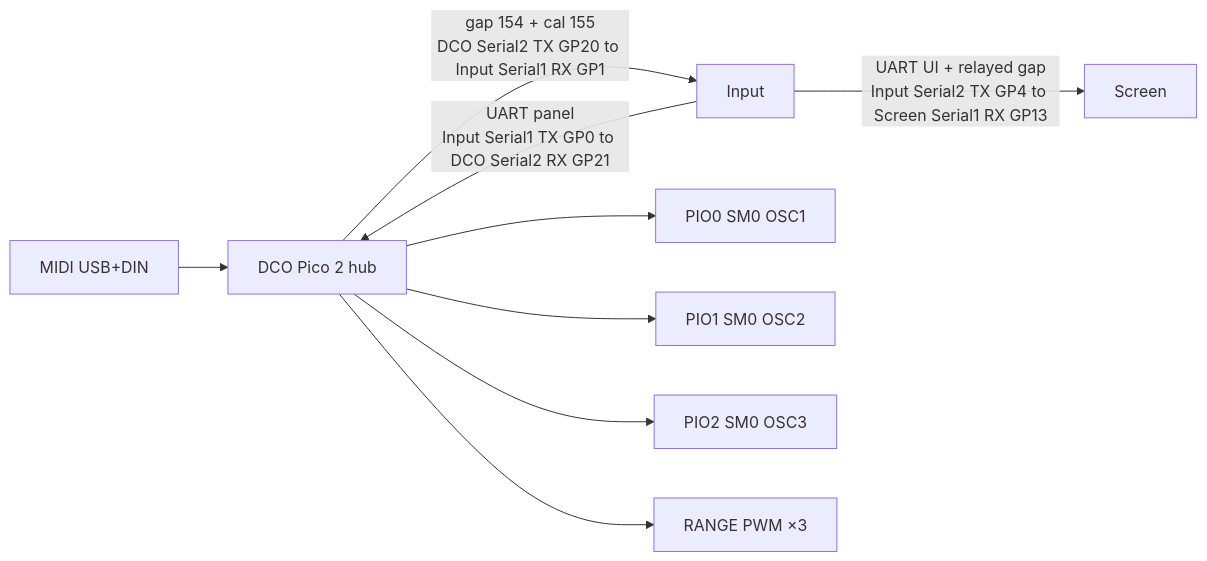
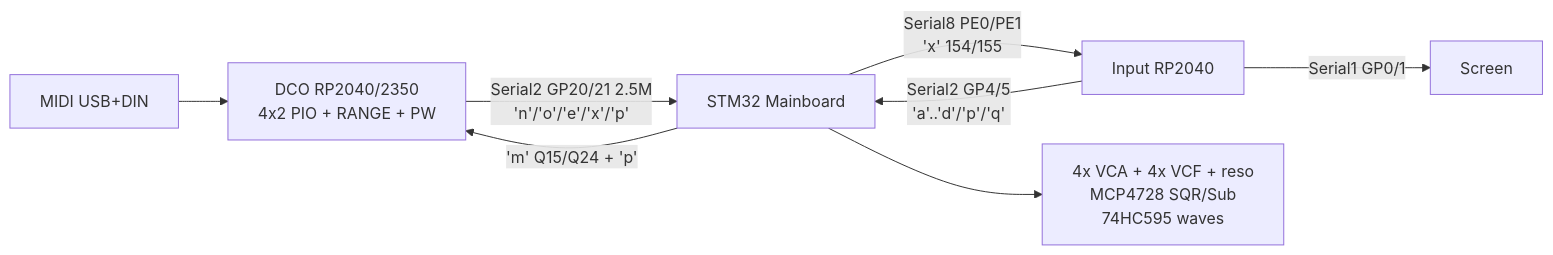
Before and after one commit to felipegaspari/DCO4-REBORN: the diagram in README.md, drawn with Mermaid. The commit also changed other lines of this file, not shown here.

````diff
--- a/README.md
+++ b/README.md
@@ -36,11 +33,10 @@
 ```mermaid
 flowchart LR
-  MIDI["MIDI USB+DIN"] --> DCO["DCO Pico 2 hub"]
-  Input["Input"] -->|"UART panel\nInput Serial1 TX GP0 to DCO Serial2 RX GP21"| DCO
-  DCO -->|"gap 154 + cal 155\nDCO Serial2 TX GP20 to Input Serial1 RX GP1"| Input
-  Input -->|"UART UI + relayed gap\nInput Serial2 TX GP4 to Screen Serial1 RX GP13"| Screen["Screen"]
-  DCO --> PIO0["PIO0 SM0 OSC1"]
-  DCO --> PIO1["PIO1 SM0 OSC2"]
-  DCO --> PIO2["PIO2 SM0 OSC3"]
-  DCO --> PWM["RANGE PWM ×3"]
+  MIDI["MIDI USB+DIN"] --> DCO["DCO RP2040/2350\n4x2 PIO + RANGE + PW"]
+  DCO -->|"Serial2 GP20/21 2.5M\n'n'/'o'/'e'/'x'/'p'"| MB["STM32 Mainboard"]
+  MB -->|"'m' Q15/Q24 + 'p'"| DCO
+  Input["Input RP2040"] -->|"Serial2 GP4/5\n'a'..'d'/'p'/'q'"| MB
+  Input -->|"Serial1 GP0/1"| Screen["Screen"]
+  MB -->|"Serial8 PE0/PE1\n'x' 154/155"| Input
+  MB --> Analog["4x VCA + 4x VCF + reso\nMCP4728 SQR/Sub\n74HC595 waves"]
 ```
````
